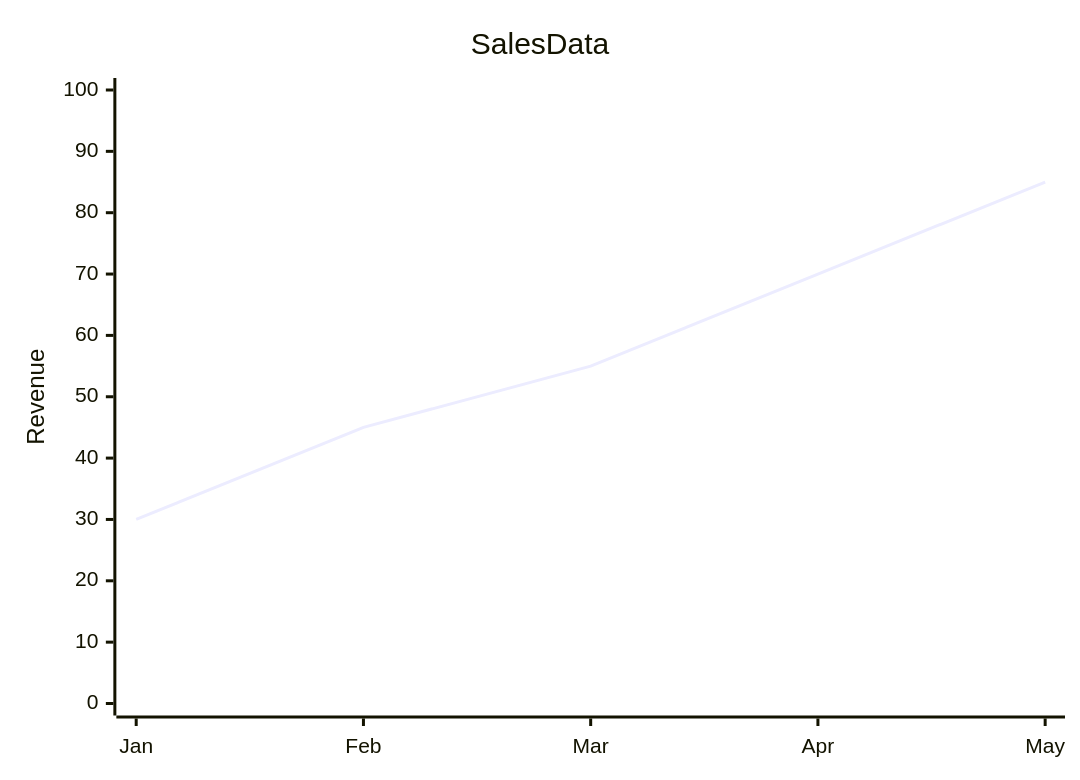
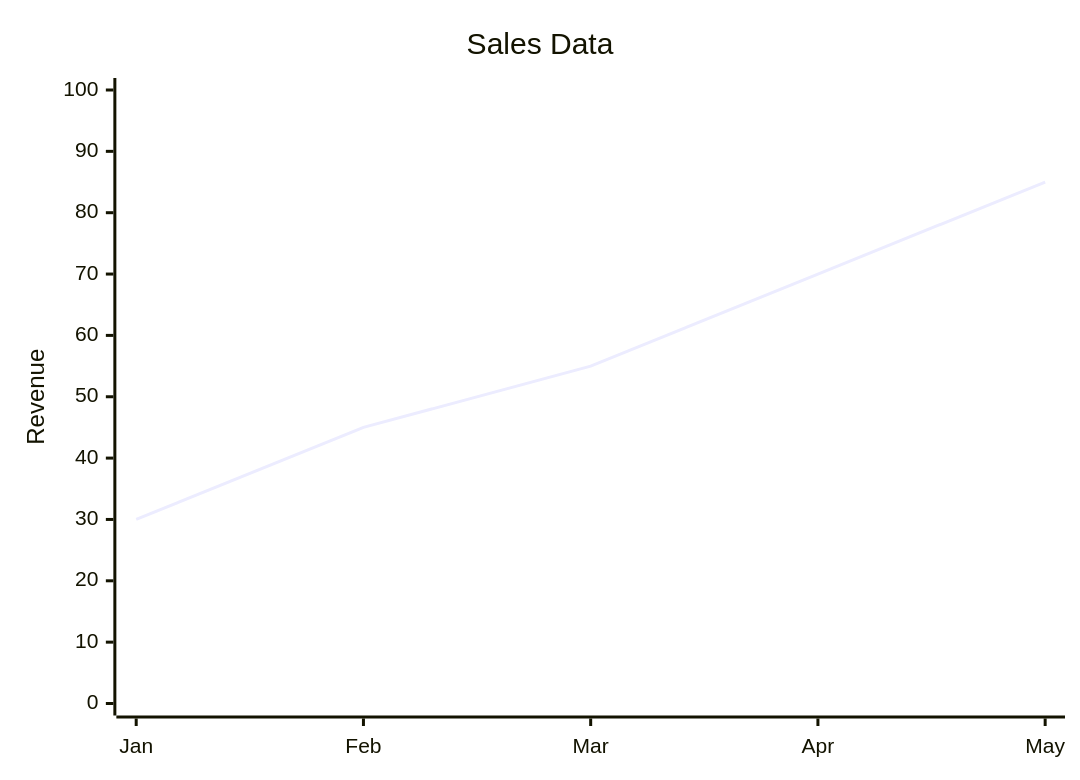
One commit to BitYoungjae/marketplace changed the second of 23 diagrams in plugins/obsidian-blocks/skills/mermaid-diagramming/xychart.md. Above: the diagram before and after it, drawn with Mermaid. The commit also changed other lines of this file and 14 other files, not shown here.

First line of the commit message:
feat(obsidian-blocks): add Session 3 Mermaid diagrams

````diff
--- a/plugins/obsidian-blocks/skills/mermaid-diagramming/xychart.md
+++ b/plugins/obsidian-blocks/skills/mermaid-diagramming/xychart.md
@@ -28,7 +32,7 @@
 ```mermaid
 xychart-beta
-    title Sales Data
+    title "Sales Data"
     x-axis [Jan, Feb, Mar, Apr, May]
     y-axis "Revenue" 0 --> 100
     line [30, 45, 55, 70, 85]
 ```
````
